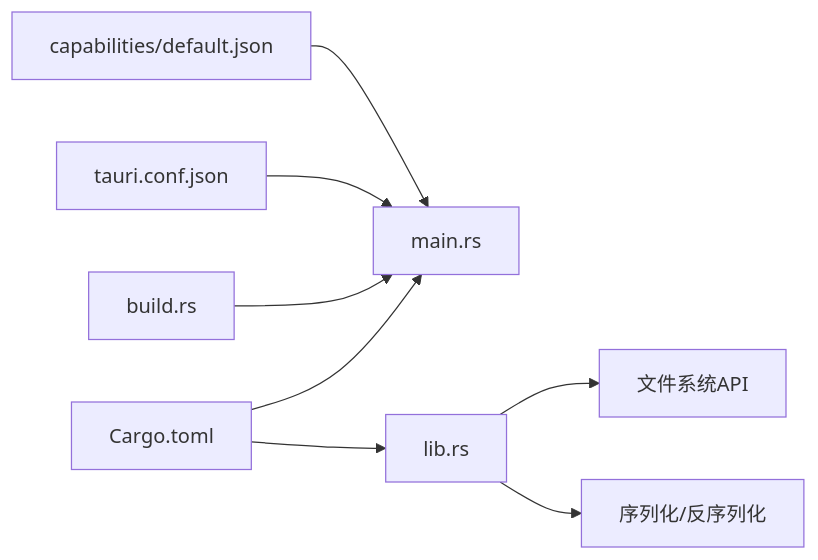
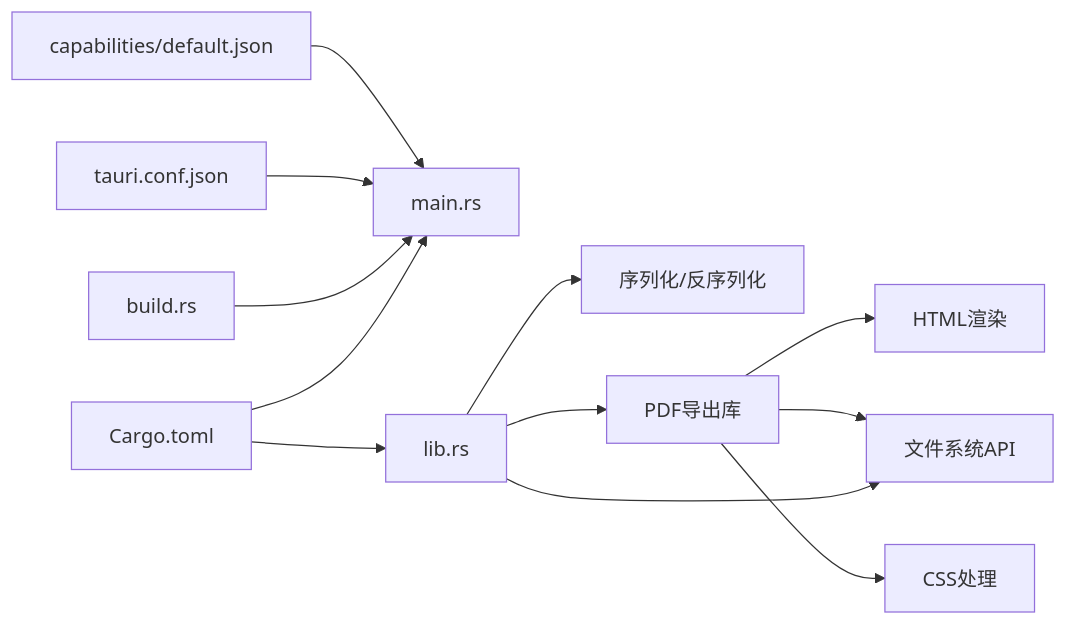
One commit to gongshiyun/ZenNote changed the third of 3 diagrams in .qoder/repowiki/zh/content/Tauri后端.md. Above: the diagram before and after it, drawn with Mermaid. The commit also changed other lines of this file and 40 other files, not shown here.

````diff
--- a/.qoder/repowiki/zh/content/Tauri后端.md
+++ b/.qoder/repowiki/zh/content/Tauri后端.md
@@ -195,10 +233,14 @@
 ```mermaid
 graph LR
 Cargo["Cargo.toml"] --> Main["main.rs"]
 Cargo --> Lib["lib.rs"]
 Build["build.rs"] --> Main
 Conf["tauri.conf.json"] --> Main
 Cap["capabilities/default.json"] --> Main
 Lib --> FS["文件系统API"]
 Lib --> Serde["序列化/反序列化"]
+Lib --> PDF["PDF导出库"]
+PDF --> HTML["HTML渲染"]
+PDF --> CSS["CSS处理"]
+PDF --> FS
 ```
````
